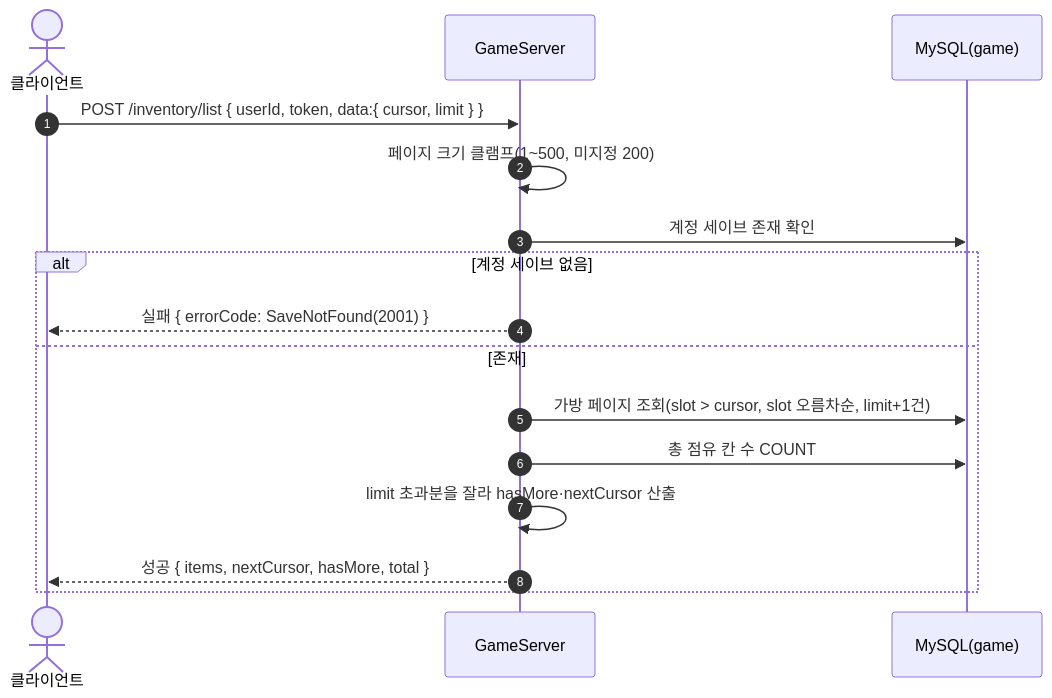
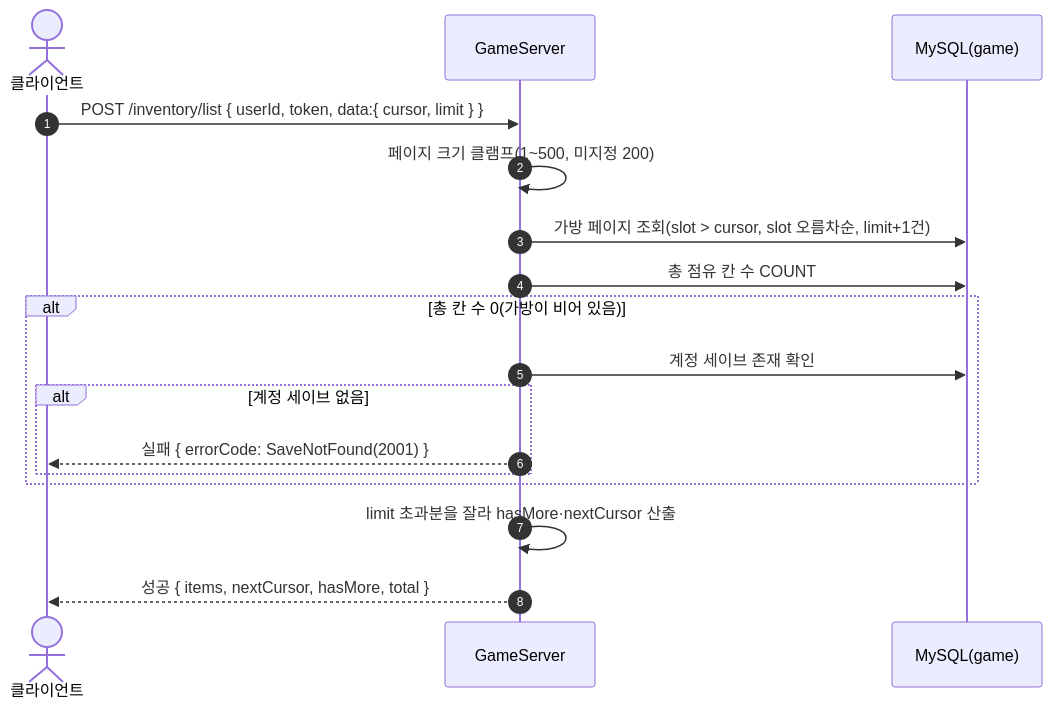
The fifth of 39 diagrams in SequenceDiagram/README.md (ks-wook/com2us-taskbar-hero), drawn with Mermaid before and after one commit. The commit also changed other lines of this file and 4 other files, not shown here.

````diff
--- a/SequenceDiagram/README.md
+++ b/SequenceDiagram/README.md
@@ -189,19 +191,20 @@
 ```mermaid
 sequenceDiagram
     autonumber
     actor C as 클라이언트
     participant S as GameServer
     participant DB as MySQL(game)
 
     C->>S: POST /inventory/list { userId, token, data:{ cursor, limit } }
     S->>S: 페이지 크기 클램프(1~500, 미지정 200)
-    S->>DB: 계정 세이브 존재 확인
-    alt 계정 세이브 없음
-        S-->>C: 실패 { errorCode: SaveNotFound(2001) }
-    else 존재
-        S->>DB: 가방 페이지 조회(slot > cursor, slot 오름차순, limit+1건)
-        S->>DB: 총 점유 칸 수 COUNT
-        S->>S: limit 초과분을 잘라 hasMore·nextCursor 산출
-        S-->>C: 성공 { items, nextCursor, hasMore, total }
+    S->>DB: 가방 페이지 조회(slot > cursor, slot 오름차순, limit+1건)
+    S->>DB: 총 점유 칸 수 COUNT
+    alt 총 칸 수 0(가방이 비어 있음)
+        S->>DB: 계정 세이브 존재 확인
+        alt 계정 세이브 없음
+            S-->>C: 실패 { errorCode: SaveNotFound(2001) }
+        end
     end
+    S->>S: limit 초과분을 잘라 hasMore·nextCursor 산출
+    S-->>C: 성공 { items, nextCursor, hasMore, total }
 ```
````
